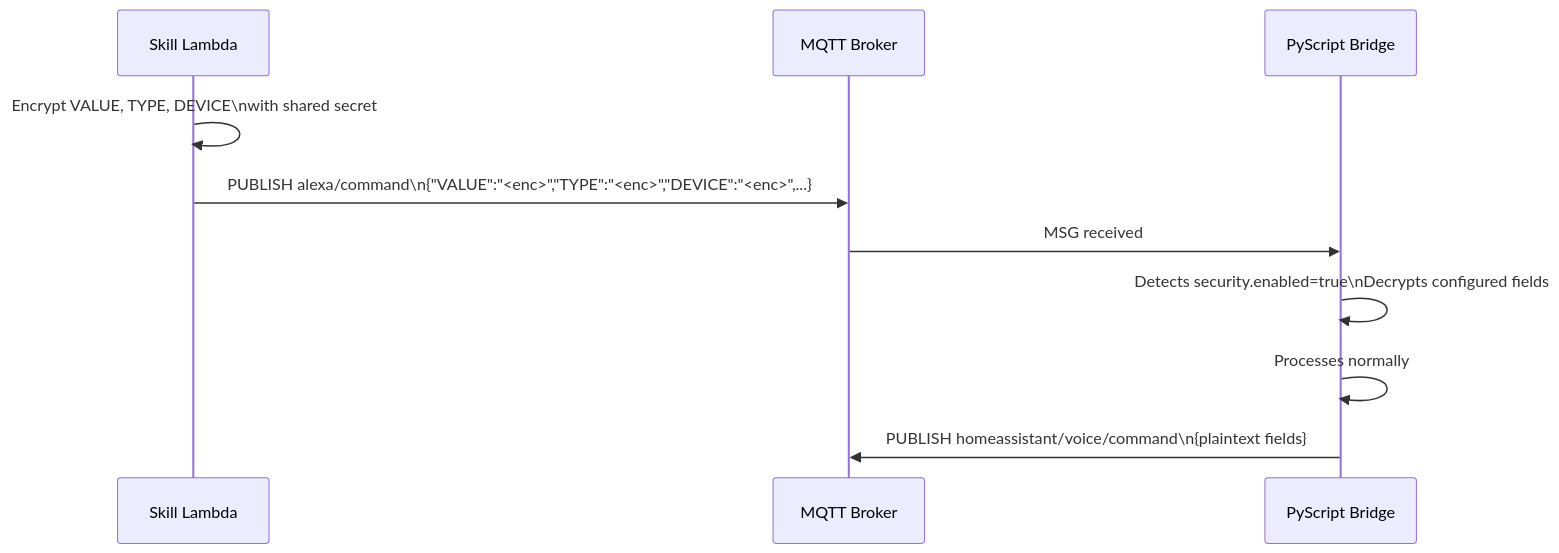
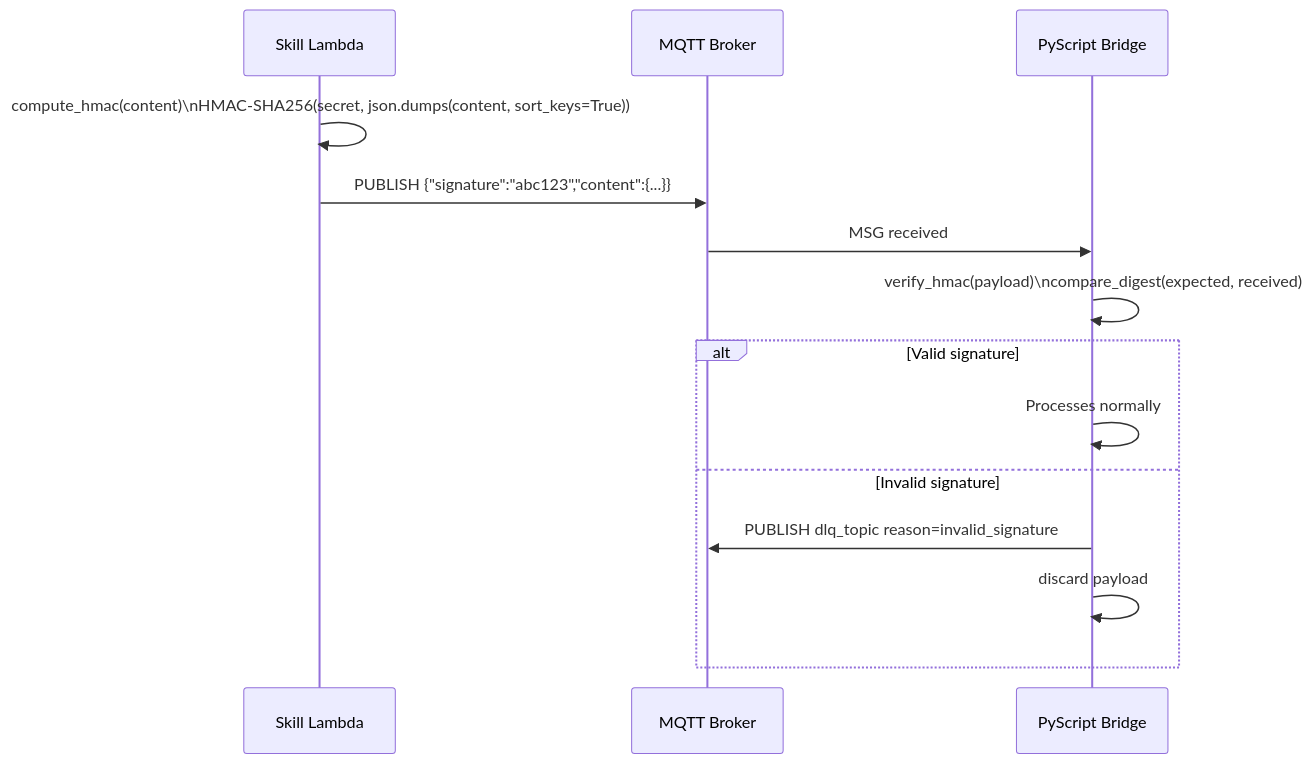
One commit to diegograssato/alexa_bridge_admin changed the fourth of 4 diagrams in README.en.md. Above: the diagram before and after it, drawn with Mermaid. The commit also changed other lines of this file and 11 other files, not shown here.

````diff
--- a/README.en.md
+++ b/README.en.md
@@ -315,13 +310,17 @@
 ```mermaid
 sequenceDiagram
     participant SK as Skill Lambda
     participant MQ as MQTT Broker
     participant PY as PyScript Bridge
 
-    SK->>SK: Encrypt VALUE, TYPE, DEVICE\nwith shared secret
-    SK->>MQ: PUBLISH alexa/command\n{"VALUE":"<enc>","TYPE":"<enc>","DEVICE":"<enc>",...}
+    SK->>SK: compute_hmac(content)\nHMAC-SHA256(secret, json.dumps(content, sort_keys=True))
+    SK->>MQ: PUBLISH {"signature":"abc123","content":{...}}
     MQ->>PY: MSG received
-    PY->>PY: Detects security.enabled=true\nDecrypts configured fields
-    PY->>PY: Processes normally
-    PY->>MQ: PUBLISH homeassistant/voice/command\n{plaintext fields}
+    PY->>PY: verify_hmac(payload)\ncompare_digest(expected, received)
+    alt Valid signature
+      PY->>PY: Processes normally
+    else Invalid signature
+      PY->>MQ: PUBLISH dlq_topic reason=invalid_signature
+      PY->>PY: discard payload
+    end
 ```
````
